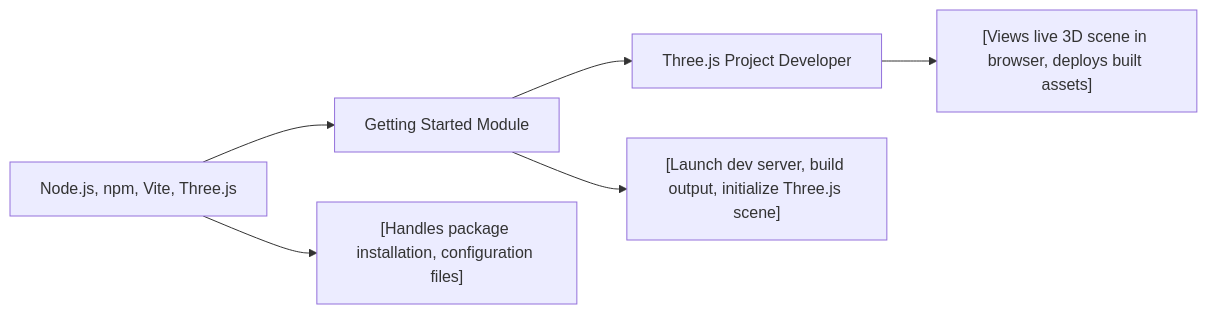
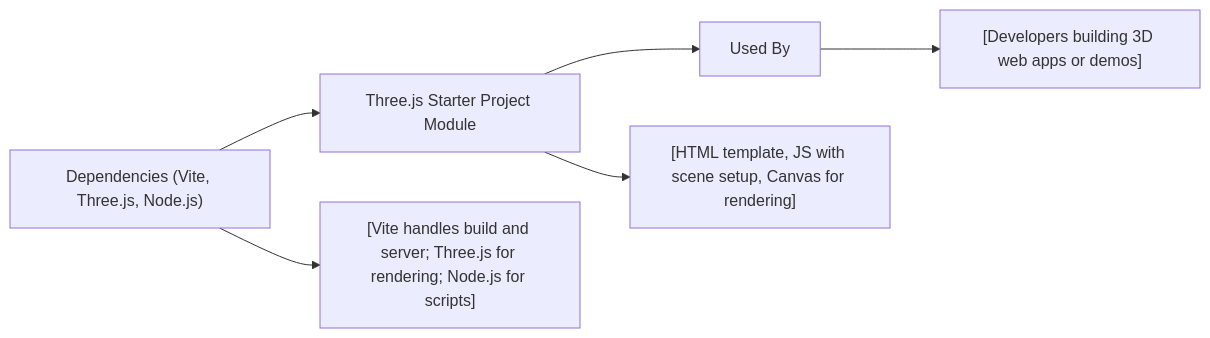
Before and after one commit to NicoooM/three-js-test: the diagram in .shelfya/starter/getting-started.md, drawn with Mermaid. The commit also changed other lines of this file and 6 other files, not shown here.

````diff
--- a/.shelfya/starter/getting-started.md
+++ b/.shelfya/starter/getting-started.md
@@ -60,8 +62,7 @@
 ```mermaid
 flowchart LR
-  dependencies["Node.js, npm, Vite, Three.js"] --> thisModule["Getting Started Module"]
-  thisModule --> usedBy["Three.js Project Developer"]
-  dependencies --> details["[Handles package installation, configuration files]"]
-  thisModule --> process["[Launch dev server, build output, initialize Three.js scene]"]
-  usedBy --> consumers["[Views live 3D scene in browser, deploys built assets]"]
+  dependencies["Dependencies (Vite, Three.js, Node.js)"] --> thisModule["Three.js Starter Project Module"] --> usedBy["Used By"]
+  dependencies --> details["[Vite handles build and server; Three.js for rendering; Node.js for scripts]"]
+  thisModule --> process["[HTML template, JS with scene setup, Canvas for rendering]"] 
+  usedBy --> consumers["[Developers building 3D web apps or demos]"]
 ```
````
